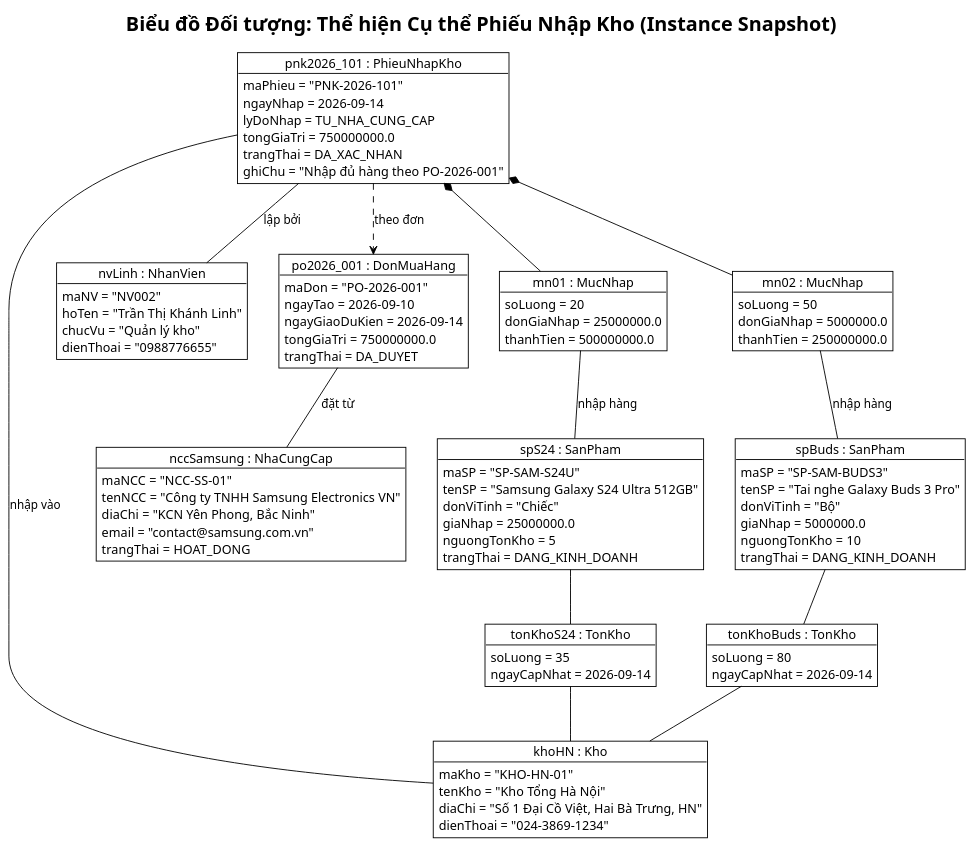
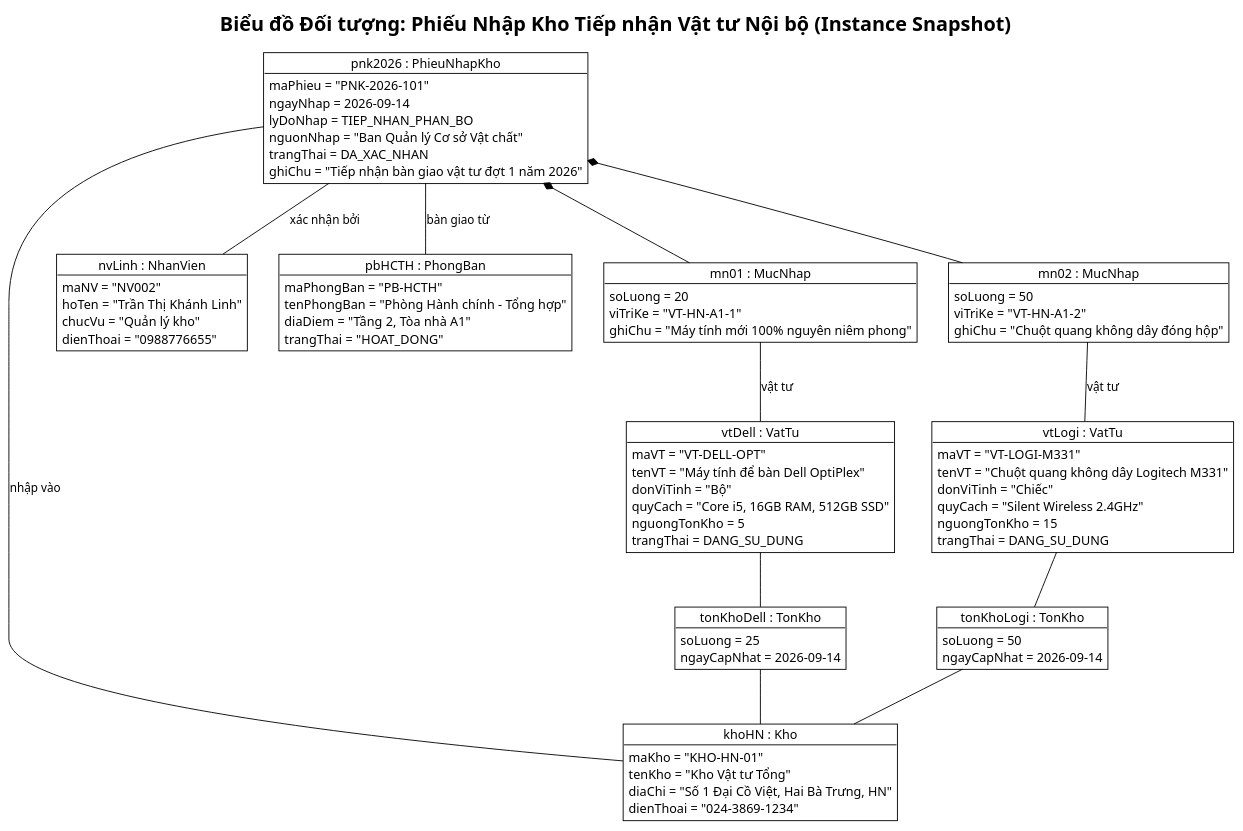
Before and after one commit to vuhoabinh2416137/G8_Quanlysanphamvakhohang: the first of 2 diagrams in BTL-QuanLyKhoHang/plantuml/object-diagrams.puml, drawn with PlantUML. The commit also changed other lines of this file and 73 other files, not shown here.

Commit message:
refactor: chuyen doi toan bo du an sang Quan ly Kho vat tu noi bo to chuc va bo sung ke hoach phan cong 7 thanh vien

```diff
--- a/BTL-QuanLyKhoHang/plantuml/object-diagrams.puml
+++ b/BTL-QuanLyKhoHang/plantuml/object-diagrams.puml
@@ -1,105 +1,94 @@
 @startuml object-diagram-phieu-nhap
 !theme plain
 skinparam classAttributeIconSize 0
 skinparam defaultTextAlignment left
 skinparam defaultFontName "Arial"
 
-title Biểu đồ Đối tượng: Thể hiện Cụ thể Phiếu Nhập Kho (Instance Snapshot)
+title Biểu đồ Đối tượng: Phiếu Nhập Kho Tiếp nhận Vật tư Nội bộ (Instance Snapshot)
 
 object "khoHN : Kho" as khoHN {
     maKho = "KHO-HN-01"
-    tenKho = "Kho Tổng Hà Nội"
+    tenKho = "Kho Vật tư Tổng"
     diaChi = "Số 1 Đại Cồ Việt, Hai Bà Trưng, HN"
     dienThoai = "024-3869-1234"
 }
 
 object "nvLinh : NhanVien" as nvLinh {
     maNV = "NV002"
     hoTen = "Trần Thị Khánh Linh"
     chucVu = "Quản lý kho"
     dienThoai = "0988776655"
 }
 
-object "nccSamsung : NhaCungCap" as nccSamsung {
-    maNCC = "NCC-SS-01"
-    tenNCC = "Công ty TNHH Samsung Electronics VN"
-    diaChi = "KCN Yên Phong, Bắc Ninh"
-    email = "contact@samsung.com.vn"
-    trangThai = HOAT_DONG
+object "pbHCTH : PhongBan" as pbHCTH {
+    maPhongBan = "PB-HCTH"
+    tenPhongBan = "Phòng Hành chính - Tổng hợp"
+    diaDiem = "Tầng 2, Tòa nhà A1"
+    trangThai = "HOAT_DONG"
 }
 
-object "po2026_001 : DonMuaHang" as po2026 {
-    maDon = "PO-2026-001"
-    ngayTao = 2026-09-10
-    ngayGiaoDuKien = 2026-09-14
-    tongGiaTri = 750000000.0
-    trangThai = DA_DUYET
-}
-
-object "pnk2026_101 : PhieuNhapKho" as pnk2026 {
+object "pnk2026 : PhieuNhapKho" as pnk2026 {
     maPhieu = "PNK-2026-101"
     ngayNhap = 2026-09-14
-    lyDoNhap = TU_NHA_CUNG_CAP
-    tongGiaTri = 750000000.0
+    lyDoNhap = TIEP_NHAN_PHAN_BO
+    nguonNhap = "Ban Quản lý Cơ sở Vật chất"
     trangThai = DA_XAC_NHAN
-    ghiChu = "Nhập đủ hàng theo PO-2026-001"
+    ghiChu = "Tiếp nhận bàn giao vật tư đợt 1 năm 2026"
 }
 
 object "mn01 : MucNhap" as mn01 {
     soLuong = 20
-    donGiaNhap = 25000000.0
-    thanhTien = 500000000.0
+    viTriKe = "VT-HN-A1-1"
+    ghiChu = "Máy tính mới 100% nguyên niêm phong"
 }
 
 object "mn02 : MucNhap" as mn02 {
     soLuong = 50
-    donGiaNhap = 5000000.0
-    thanhTien = 250000000.0
+    viTriKe = "VT-HN-A1-2"
+    ghiChu = "Chuột quang không dây đóng hộp"
 }
 
-object "spS24 : SanPham" as spS24 {
-    maSP = "SP-SAM-S24U"
-    tenSP = "Samsung Galaxy S24 Ultra 512GB"
-    donViTinh = "Chiếc"
-    giaNhap = 25000000.0
+object "vtDell : VatTu" as vtDell {
+    maVT = "VT-DELL-OPT"
+    tenVT = "Máy tính để bàn Dell OptiPlex"
+    donViTinh = "Bộ"
+    quyCach = "Core i5, 16GB RAM, 512GB SSD"
     nguongTonKho = 5
-    trangThai = DANG_KINH_DOANH
+    trangThai = DANG_SU_DUNG
 }
 
-object "spBuds : SanPham" as spBuds {
-    maSP = "SP-SAM-BUDS3"
-    tenSP = "Tai nghe Galaxy Buds 3 Pro"
-    donViTinh = "Bộ"
-    giaNhap = 5000000.0
-    nguongTonKho = 10
-    trangThai = DANG_KINH_DOANH
+object "vtLogi : VatTu" as vtLogi {
+    maVT = "VT-LOGI-M331"
+    tenVT = "Chuột quang không dây Logitech M331"
+    donViTinh = "Chiếc"
+    quyCach = "Silent Wireless 2.4GHz"
+    nguongTonKho = 15
+    trangThai = DANG_SU_DUNG
 }
 
-object "tonKhoS24 : TonKho" as tonKhoS24 {
-    soLuong = 35
+object "tonKhoDell : TonKho" as tonKhoDell {
+    soLuong = 25
     ngayCapNhat = 2026-09-14
 }
 
-object "tonKhoBuds : TonKho" as tonKhoBuds {
-    soLuong = 80
+object "tonKhoLogi : TonKho" as tonKhoLogi {
+    soLuong = 50
     ngayCapNhat = 2026-09-14
 }
 
 ' Links
-pnk2026 ..> po2026 : theo đơn
+pnk2026 -- pbHCTH : bàn giao từ
 pnk2026 -- khoHN : nhập vào
-pnk2026 -- nvLinh : lập bởi
+pnk2026 -- nvLinh : xác nhận bởi
 pnk2026 *-- mn01
 pnk2026 *-- mn02
 
-mn01 -- spS24 : nhập hàng
-mn02 -- spBuds : nhập hàng
+mn01 -- vtDell : vật tư
+mn02 -- vtLogi : vật tư
 
-po2026 -- nccSamsung : đặt từ
+vtDell -- tonKhoDell
+tonKhoDell -- khoHN
 
-spS24 -- tonKhoS24
-tonKhoS24 -- khoHN
-
-spBuds -- tonKhoBuds
-tonKhoBuds -- khoHN
+vtLogi -- tonKhoLogi
+tonKhoLogi -- khoHN
 @enduml
```
